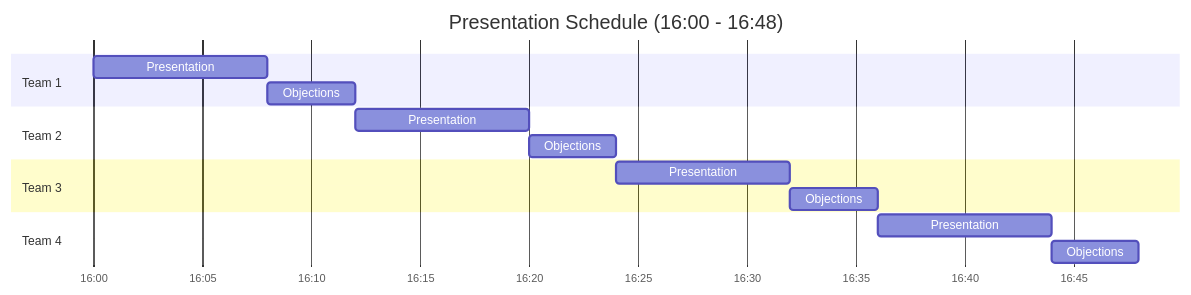
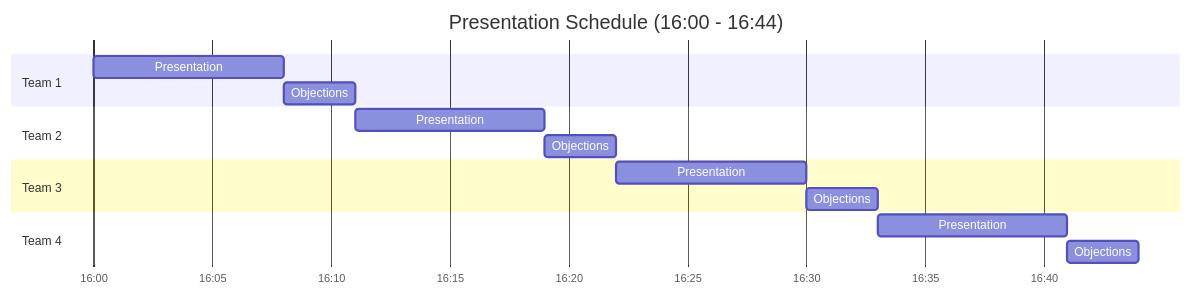
One commit to jonathan-vella/azure-migrate-wds changed the diagram in docs/challenges/07-presentation.md. Above: the diagram before and after it, drawn with Mermaid. The commit also changed other lines of this file and 17 other files, not shown here.

````diff
--- a/docs/challenges/07-presentation.md
+++ b/docs/challenges/07-presentation.md
@@ -161,22 +161,22 @@
 ```mermaid
 gantt
-    title Presentation Schedule (16:00 - 16:48)
+    title Presentation Schedule (16:00 - 16:44)
     dateFormat HH:mm
     axisFormat %H:%M
-    
+
     section Team 1
     Presentation    :t1p, 16:00, 8m
-    Objections      :t1o, after t1p, 4m
-    
+    Objections      :t1o, after t1p, 3m
+
     section Team 2
-    Presentation    :t2p, 16:12, 8m
-    Objections      :t2o, after t2p, 4m
-    
+    Presentation    :t2p, 16:11, 8m
+    Objections      :t2o, after t2p, 3m
+
     section Team 3
-    Presentation    :t3p, 16:24, 8m
-    Objections      :t3o, after t3p, 4m
-    
+    Presentation    :t3p, 16:22, 8m
+    Objections      :t3o, after t3p, 3m
+
     section Team 4
-    Presentation    :t4p, 16:36, 8m
-    Objections      :t4o, after t4p, 4m
+    Presentation    :t4p, 16:33, 8m
+    Objections      :t4o, after t4p, 3m
 ```
````
